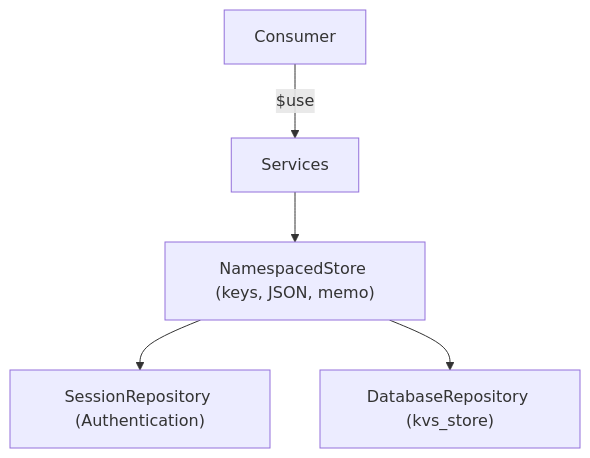
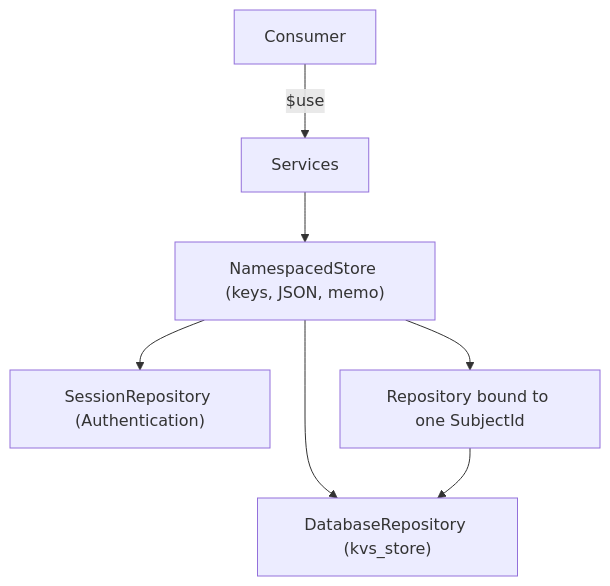
The diagram in components/ILIAS/KeyValueStorage/README.md (ILIAS-eLearning/ILIAS), drawn with Mermaid before and after one commit. The commit also changed other lines of this file and 39 other files, not shown here.

````diff
--- a/components/ILIAS/KeyValueStorage/README.md
+++ b/components/ILIAS/KeyValueStorage/README.md
@@ -169,7 +184,9 @@
 ```mermaid
 flowchart TB
     C["Consumer"] -->|"$use"| S["Services"]
     S --> ST["NamespacedStore (keys, JSON, memo)"]
     ST --> SR["SessionRepository (Authentication)"]
     ST --> DR["DatabaseRepository (kvs_store)"]
+    ST --> BR["Repository bound to one SubjectId"]
+    BR --> DR
 ```
````
